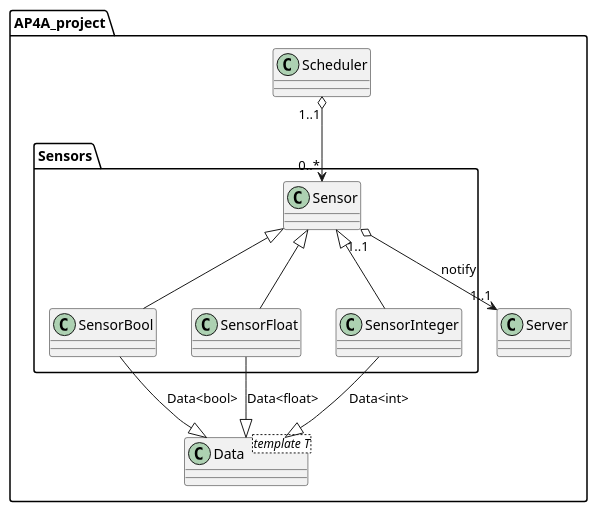
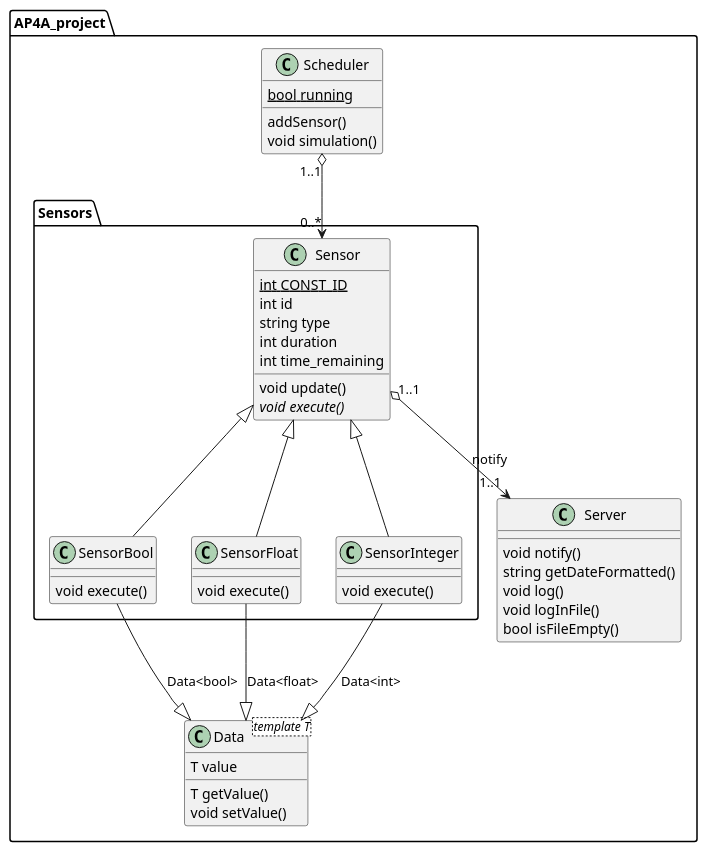
One commit to MrArnaudMichel/AP4A_projet changed the diagram in projet.puml. Above: the diagram before and after it, drawn with PlantUML. The commit also changed 9 other files, not shown here.

```diff
--- a/projet.puml
+++ b/projet.puml
@@ -1,45 +1,60 @@
 @startuml
 package AP4A_project{
     class Server{
-
+        void notify()
+        string getDateFormatted()
+        void log()
+        void logInFile()
+        bool isFileEmpty()
     }
 
     class Scheduler{
-
+        {static} bool running
+        addSensor()
+        void simulation()
     }
 
     package Sensors{
         class Sensor{
+            {static} int CONST_ID
+            int id
+            string type
+            int duration
+            int time_remaining
 
+            void update()
+            {abstract} void execute()
         }
 
         Sensor "1..1" o--> "1..1" Server: notify
 
         class SensorBool{
-
+            void execute()
         }
 
         class SensorFloat{
-
+            void execute()
         }
 
         class SensorInteger{
-
+            void execute()
         }
 
         Sensor <|-- SensorBool
         Sensor <|-- SensorFloat
         Sensor <|-- SensorInteger
 
         Scheduler "1..1" o--> "0..*" Sensor
     }
 
     class Data<template T>{
-
+        T value
+        T getValue()
+        void setValue()
     }
 
     SensorBool --|> Data: Data<bool>
     SensorFloat --|> Data: Data<float>
     SensorInteger --|> Data: Data<int>
 }
 @enduml
```
